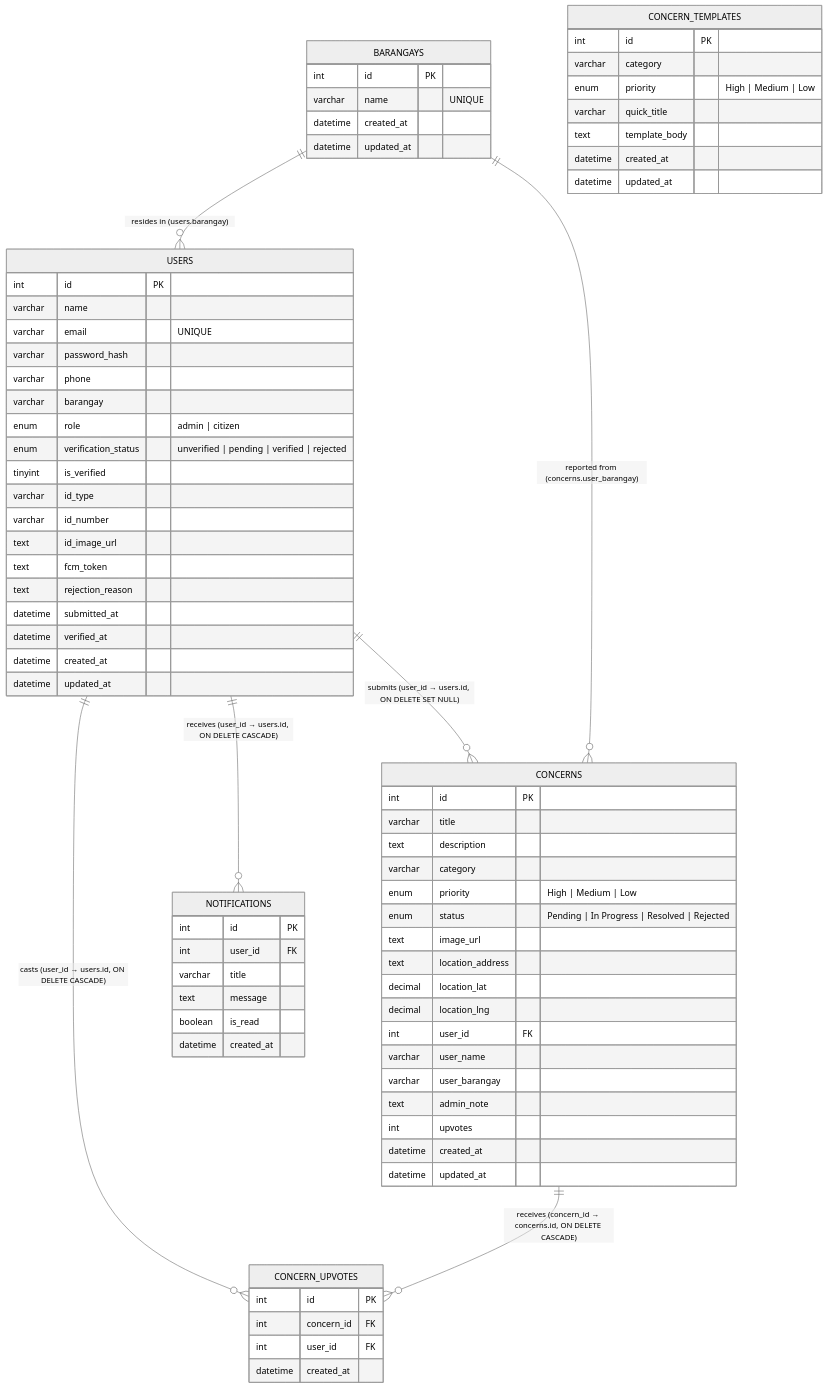
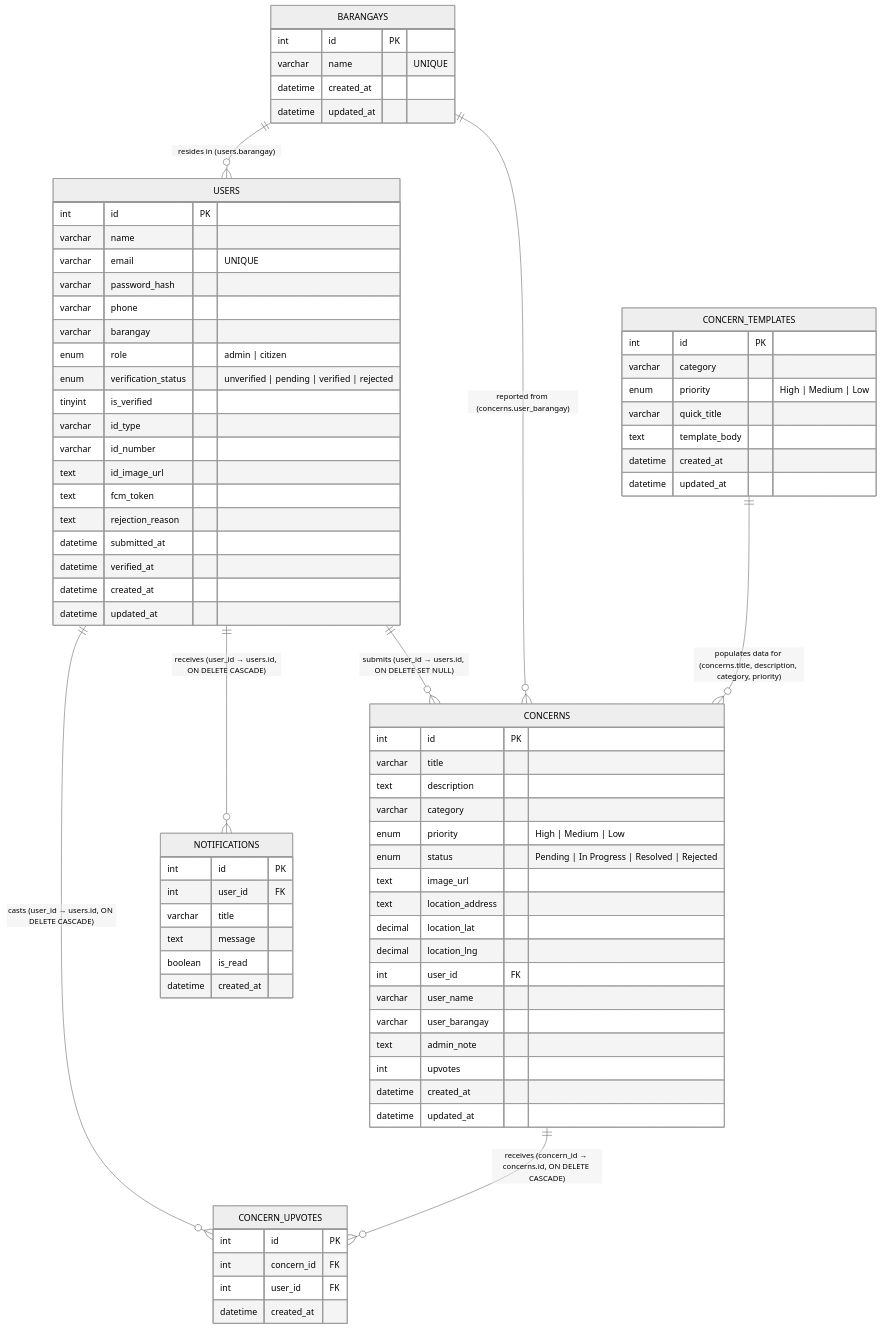
Before and after one commit to palingubaerwin029-ai/citivoice: the first of 10 diagrams in diagrams.md, drawn with Mermaid (neutral theme). The commit also changed other lines of this file and 10 other files, not shown here.

Commit message:
feat: implement concern templates management and fix UI visibility issues in Light Mode

````diff
--- a/diagrams.md
+++ b/diagrams.md
@@ -103,4 +103,5 @@
     %% ── Logical / Text-Based Relationships ──
     BARANGAYS ||--o{ USERS : "resides in (users.barangay)"
     BARANGAYS ||--o{ CONCERNS : "reported from (concerns.user_barangay)"
+    CONCERN_TEMPLATES ||--o{ CONCERNS : "populates data for (concerns.title, description, category, priority)"
 ```
````
